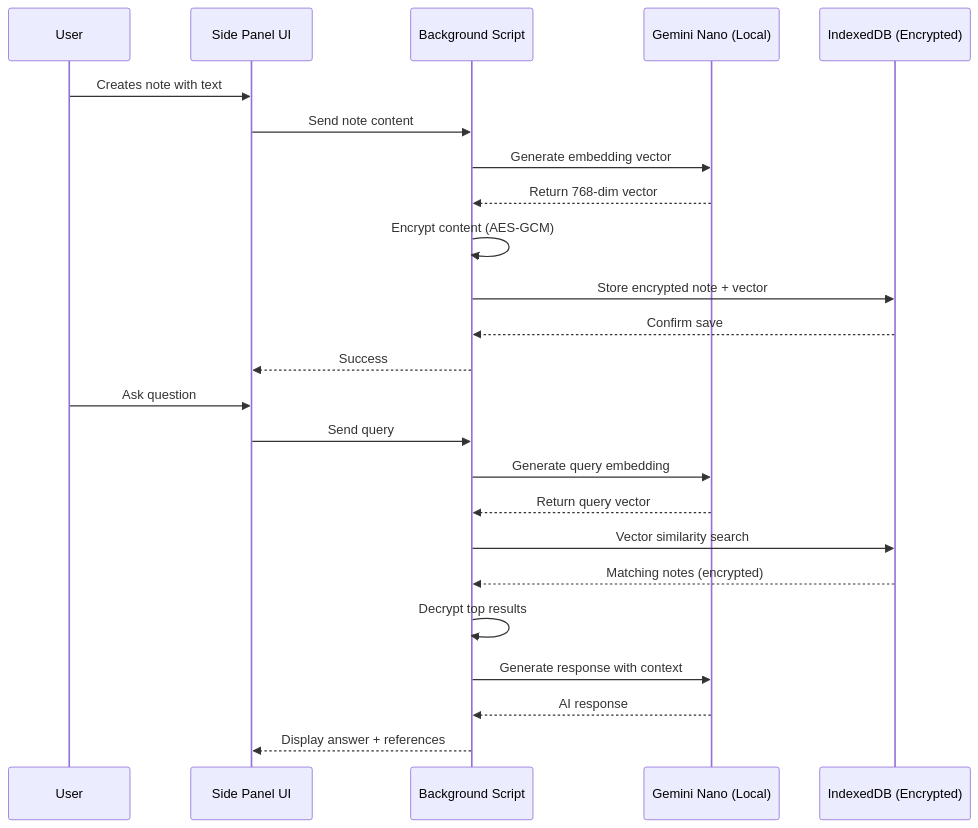
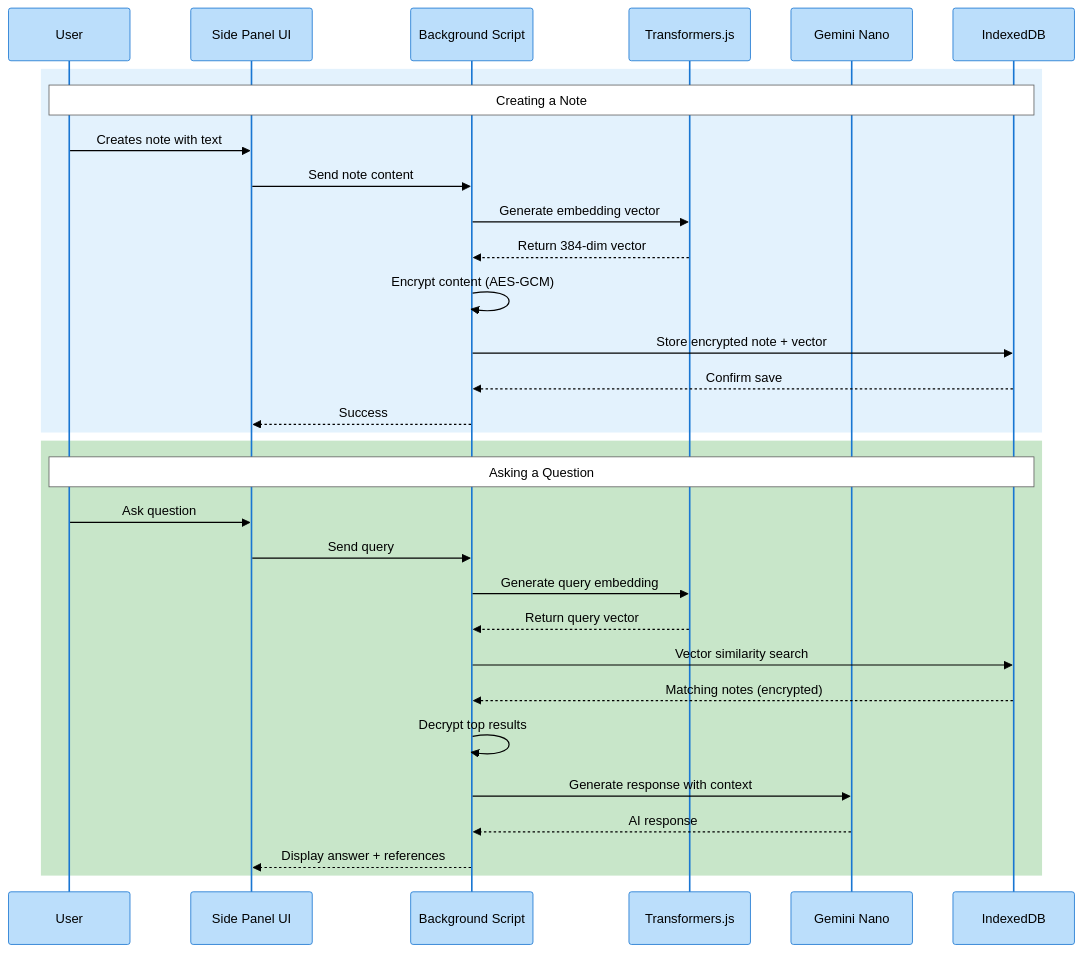
One commit to sundeep-dayalan/MindKeep changed the second of 2 diagrams in USER_GUIDE.md. Above: the diagram before and after it, drawn with Mermaid. The commit also changed other lines of this file, not shown here.

Commit message:
feat: Update embedding generation to use Transformers.js; enhance data flow architecture and styling in user guide

````diff
--- a/USER_GUIDE.md
+++ b/USER_GUIDE.md
@@ -465,28 +470,36 @@
 ```mermaid
+%%{init: {'theme': 'base', 'themeVariables': { 'primaryColor': '#bbdefb', 'primaryTextColor': '#000', 'primaryBorderColor': '#1976d2', 'lineColor': '#1976d2', 'secondaryColor': '#fff59d', 'tertiaryColor': '#a5d6a7', 'noteBkgColor': '#fff', 'noteTextColor': '#000', 'noteBorderColor': '#616161'}}}%%
 sequenceDiagram
     participant User
     participant UI as Side Panel UI
     participant BG as Background Script
-    participant AI as Gemini Nano (Local)
-    participant DB as IndexedDB (Encrypted)
+    participant Embed as Transformers.js
+    participant AI as Gemini Nano
+    participant DB as IndexedDB
 
+    rect rgb(227, 242, 253)
+    Note over User,DB: Creating a Note
     User->>UI: Creates note with text
     UI->>BG: Send note content
-    BG->>AI: Generate embedding vector
-    AI-->>BG: Return 768-dim vector
+    BG->>Embed: Generate embedding vector
+    Embed-->>BG: Return 384-dim vector
     BG->>BG: Encrypt content (AES-GCM)
     BG->>DB: Store encrypted note + vector
     DB-->>BG: Confirm save
     BG-->>UI: Success
+    end
 
+    rect rgb(200, 230, 201)
+    Note over User,DB: Asking a Question
     User->>UI: Ask question
     UI->>BG: Send query
-    BG->>AI: Generate query embedding
-    AI-->>BG: Return query vector
+    BG->>Embed: Generate query embedding
+    Embed-->>BG: Return query vector
     BG->>DB: Vector similarity search
     DB-->>BG: Matching notes (encrypted)
     BG->>BG: Decrypt top results
     BG->>AI: Generate response with context
     AI-->>BG: AI response
     BG-->>UI: Display answer + references
+    end
 ```
````
